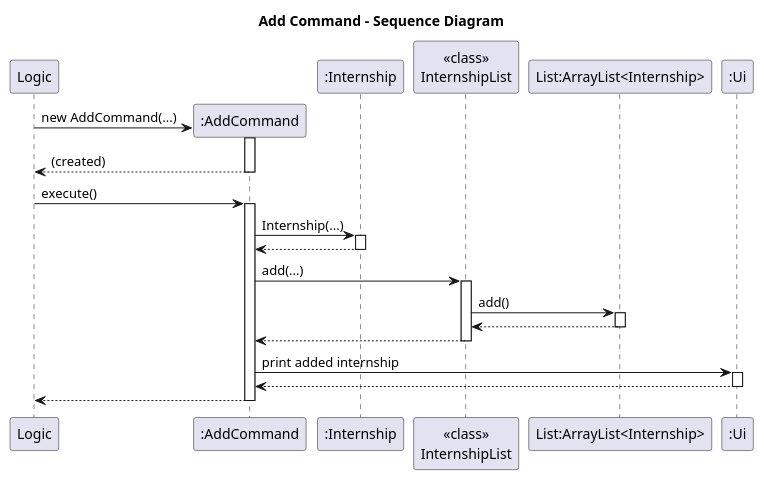
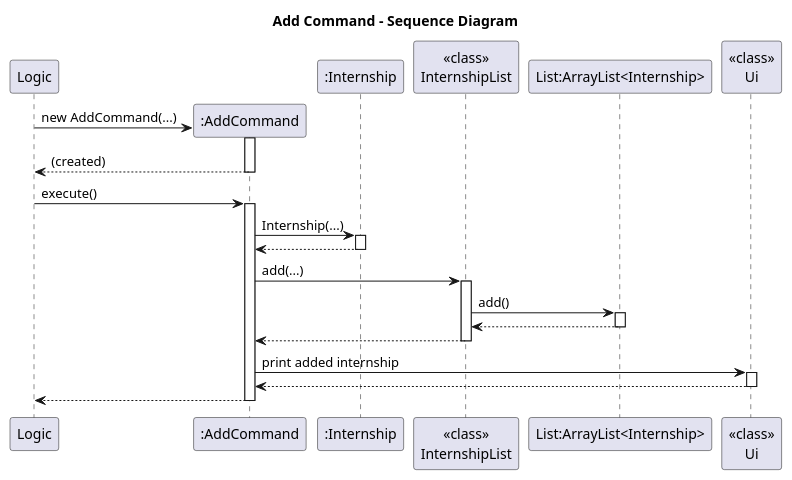
Before and after one commit to BenyAlbatross/tp: the diagram in docs/diagrams/AddCommandSD.puml, drawn with PlantUML. The commit also changed 6 other files, not shown here.

Commit message:
Fix UML diagrams

```diff
--- a/docs/diagrams/AddCommandSD.puml
+++ b/docs/diagrams/AddCommandSD.puml
@@ -1,40 +1,40 @@
 @startuml
 title Add Command - Sequence Diagram
 participant Logic
 create ":AddCommand" as AC
 participant ":Internship" as IN
 participant "<<class>>\nInternshipList" as IL
 participant "List:ArrayList<Internship>" as LI
-participant ":Ui" as Ui
+participant "<<class>>\nUi" as Ui
 
 Logic-> AC**: new AddCommand(...)
 activate AC
 return (created)
 
 Logic-> AC: execute()
 activate AC
 
 AC -> IN: Internship(...)
 activate IN
 IN --> AC
 deactivate IN
 
 AC -> IL: add(...)
 activate IL
 IL -> LI: add()
 activate LI
 LI --> IL
 deactivate LI
 IL --> AC
 deactivate IL
 
 
 
 AC -> Ui: print added internship
 activate Ui
 Ui --> AC
 deactivate Ui
 
 AC -->Logic
 deactivate AC
 @enduml
```
